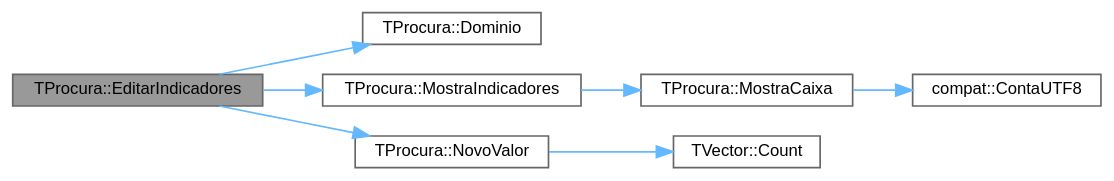
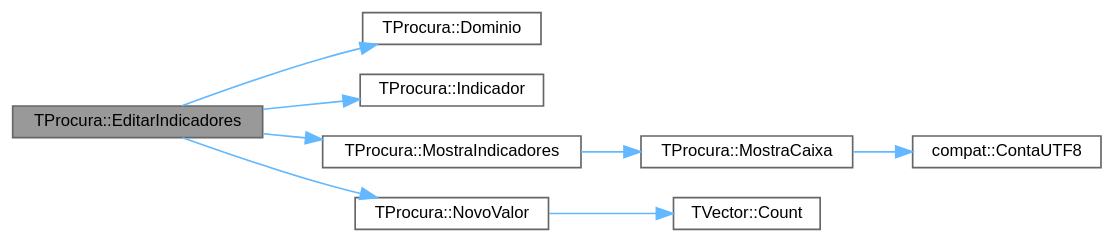
Before and after one commit to jcoelho72/TProcura: the diagram in classTProcura_a8f5d1ccb82a33db762fbb8400eeacf39_cgraph.dot, drawn with Graphviz. The commit also changed 25 other files, not shown here.

```diff
--- a/classTProcura_a8f5d1ccb82a33db762fbb8400eeacf39_cgraph.dot
+++ b/classTProcura_a8f5d1ccb82a33db762fbb8400eeacf39_cgraph.dot
@@ -1,21 +1,23 @@
 digraph "TProcura::EditarIndicadores"
 {
  // LATEX_PDF_SIZE
   bgcolor="transparent";
   edge [fontname=Helvetica,fontsize=10,labelfontname=Helvetica,labelfontsize=10];
   node [fontname=Helvetica,fontsize=10,shape=box,height=0.2,width=0.4];
   rankdir="LR";
   Node1 [id="Node000001",label="TProcura::EditarIndicadores",height=0.2,width=0.4,color="gray40", fillcolor="grey60", style="filled", fontcolor="black",tooltip="Permite ao utilizador editar os indicadores a utilizar."];
   Node1 -> Node2 [id="edge1_Node000001_Node000002",color="steelblue1",style="solid",tooltip=" "];
   Node2 [id="Node000002",label="TProcura::Dominio",height=0.2,width=0.4,color="grey40", fillcolor="white", style="filled",URL="$classTProcura.html#a12cd67e1b86ed4d6a6c47c652c0cd9bf",tooltip="Limita o domínio de um parâmetro inteiro."];
   Node1 -> Node3 [id="edge2_Node000001_Node000003",color="steelblue1",style="solid",tooltip=" "];
-  Node3 [id="Node000003",label="TProcura::MostraIndicadores",height=0.2,width=0.4,color="grey40", fillcolor="white", style="filled",URL="$classTProcura.html#a99f5cf1c59ce543a58d802a1ac907299",tooltip="Mostra os indicadores definidos."];
-  Node3 -> Node4 [id="edge3_Node000003_Node000004",color="steelblue1",style="solid",tooltip=" "];
-  Node4 [id="Node000004",label="TProcura::MostraCaixa",height=0.2,width=0.4,color="grey40", fillcolor="white", style="filled",URL="$classTProcura.html#a07ef3e2896824e87650013dfefb3d665",tooltip=" "];
+  Node3 [id="Node000003",label="TProcura::Indicador",height=0.2,width=0.4,color="grey40", fillcolor="white", style="filled",URL="$classTProcura.html#a39f8ec3e0c97c7bc1bcd45e685168da2",tooltip="Retorna um indicador, após a execução do algoritmo."];
+  Node1 -> Node4 [id="edge3_Node000001_Node000004",color="steelblue1",style="solid",tooltip=" "];
+  Node4 [id="Node000004",label="TProcura::MostraIndicadores",height=0.2,width=0.4,color="grey40", fillcolor="white", style="filled",URL="$classTProcura.html#a99f5cf1c59ce543a58d802a1ac907299",tooltip="Mostra os indicadores definidos."];
   Node4 -> Node5 [id="edge4_Node000004_Node000005",color="steelblue1",style="solid",tooltip=" "];
-  Node5 [id="Node000005",label="compat::ContaUTF8",height=0.2,width=0.4,color="grey40", fillcolor="white", style="filled",URL="$namespacecompat.html#a2cc00022a29bc0fc08165228956a10f5",tooltip=" "];
-  Node1 -> Node6 [id="edge5_Node000001_Node000006",color="steelblue1",style="solid",tooltip=" "];
-  Node6 [id="Node000006",label="TProcura::NovoValor",height=0.2,width=0.4,color="grey40", fillcolor="white", style="filled",URL="$classTProcura.html#a7d6b6baca763cf0dd9f5fd8c373415a5",tooltip=" "];
-  Node6 -> Node7 [id="edge6_Node000006_Node000007",color="steelblue1",style="solid",tooltip=" "];
-  Node7 [id="Node000007",label="TVector::Count",height=0.2,width=0.4,color="grey40", fillcolor="white", style="filled",URL="$classTVector.html#ac3c744d84543ca6e32859eb7dfccfeef",tooltip=" "];
+  Node5 [id="Node000005",label="TProcura::MostraCaixa",height=0.2,width=0.4,color="grey40", fillcolor="white", style="filled",URL="$classTProcura.html#a07ef3e2896824e87650013dfefb3d665",tooltip=" "];
+  Node5 -> Node6 [id="edge5_Node000005_Node000006",color="steelblue1",style="solid",tooltip=" "];
+  Node6 [id="Node000006",label="compat::ContaUTF8",height=0.2,width=0.4,color="grey40", fillcolor="white", style="filled",URL="$namespacecompat.html#a2cc00022a29bc0fc08165228956a10f5",tooltip=" "];
+  Node1 -> Node7 [id="edge6_Node000001_Node000007",color="steelblue1",style="solid",tooltip=" "];
+  Node7 [id="Node000007",label="TProcura::NovoValor",height=0.2,width=0.4,color="grey40", fillcolor="white", style="filled",URL="$classTProcura.html#a7d6b6baca763cf0dd9f5fd8c373415a5",tooltip=" "];
+  Node7 -> Node8 [id="edge7_Node000007_Node000008",color="steelblue1",style="solid",tooltip=" "];
+  Node8 [id="Node000008",label="TVector::Count",height=0.2,width=0.4,color="grey40", fillcolor="white", style="filled",URL="$classTVector.html#ac3c744d84543ca6e32859eb7dfccfeef",tooltip=" "];
 }
```
